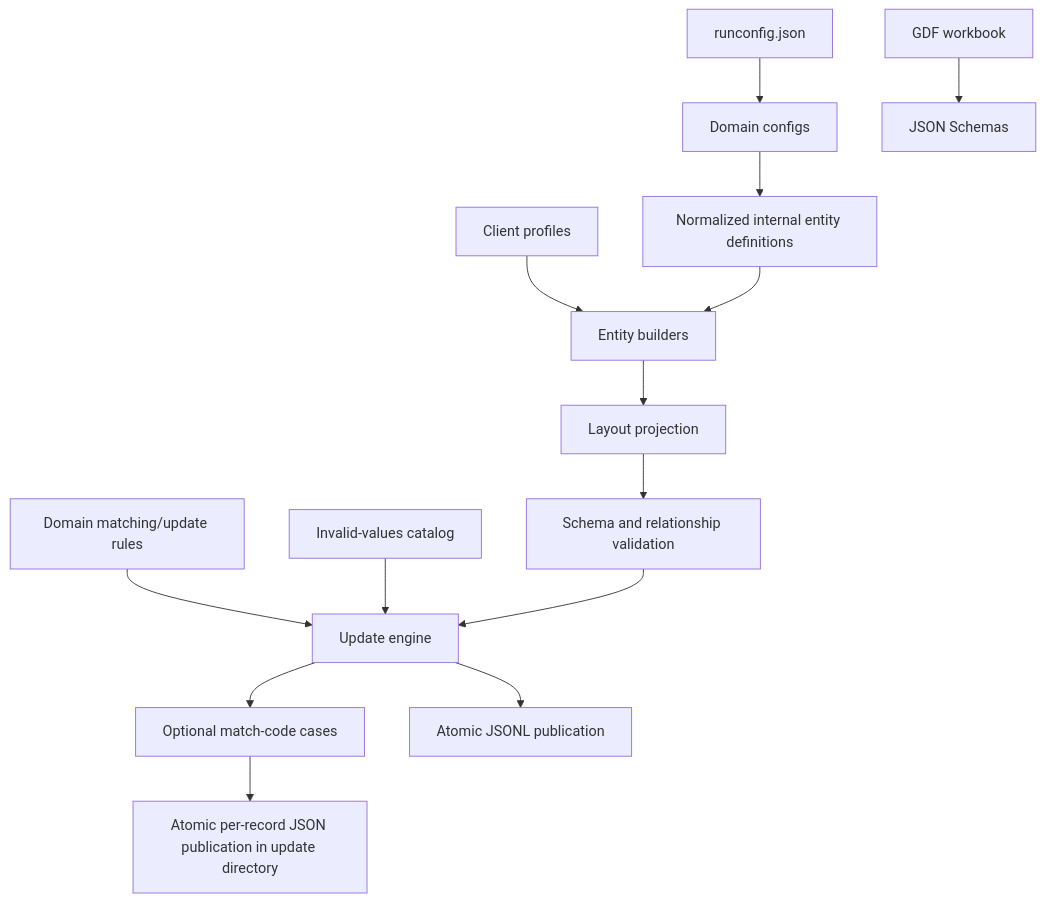
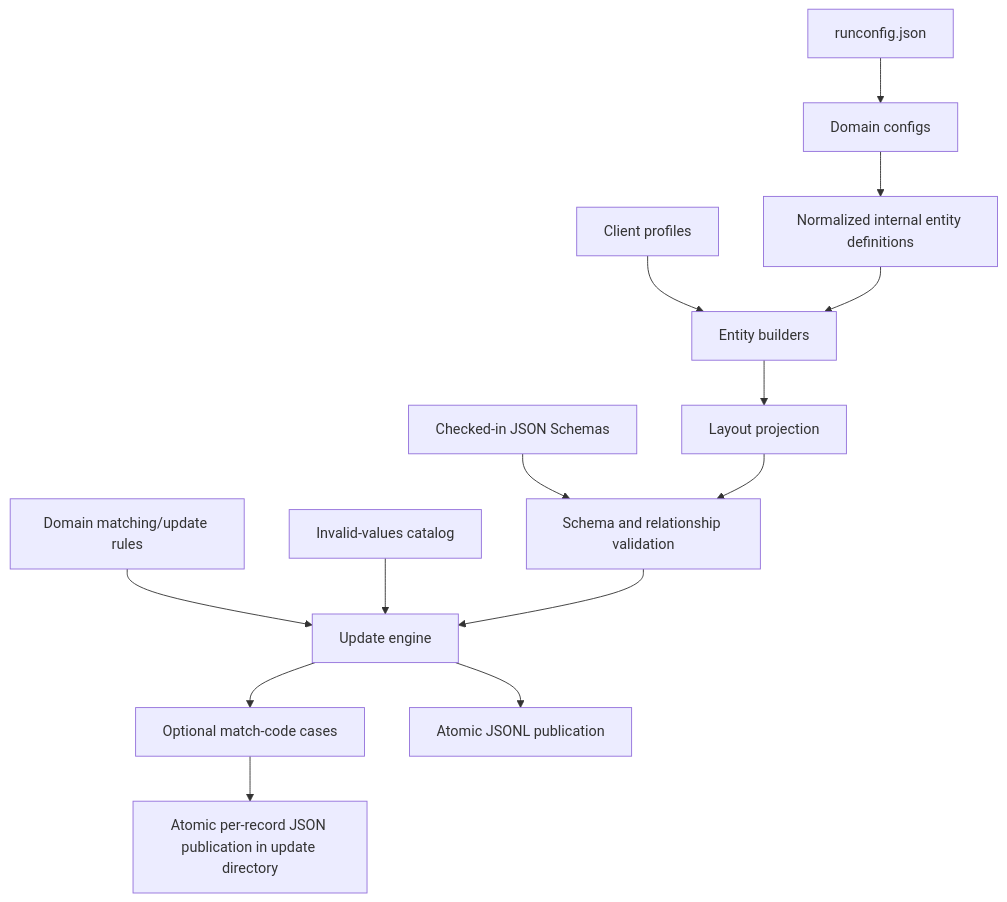
One commit to gaganpandey58/test-data-generator changed the diagram in Complete Project Documentation.md. Above: the diagram before and after it, drawn with Mermaid. The commit also changed other lines of this file and 12 other files, not shown here.

First line of the commit message:
refactor: remove obsolete GDF schema extraction script and references

````diff
--- a/Complete Project Documentation.md
+++ b/Complete Project Documentation.md
@@ -90,16 +88,16 @@
 ```mermaid
 flowchart TD
     RC[runconfig.json] --> EC[Domain configs]
     EC --> N[Normalized internal entity definitions]
     CP[Client profiles] --> B[Entity builders]
     N --> B
-    GDF[GDF workbook] --> S[JSON Schemas]
+    S[Checked-in JSON Schemas] --> V
     B --> L[Layout projection]
     L --> V[Schema and relationship validation]
     R[Domain matching/update rules] --> U[Update engine]
     IV[Invalid-values catalog] --> U
     V --> U
     U --> MF[Optional match-code cases]
     MF --> FM[Atomic per-record JSON publication in update directory]
     U --> P[Atomic JSONL publication]
 ```
````
